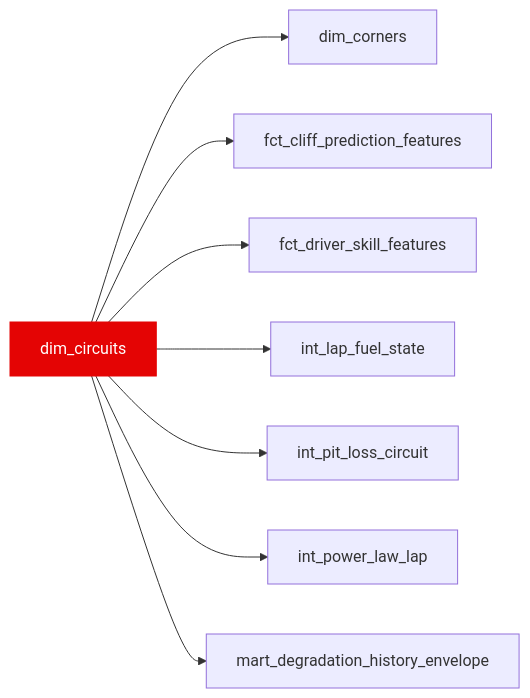
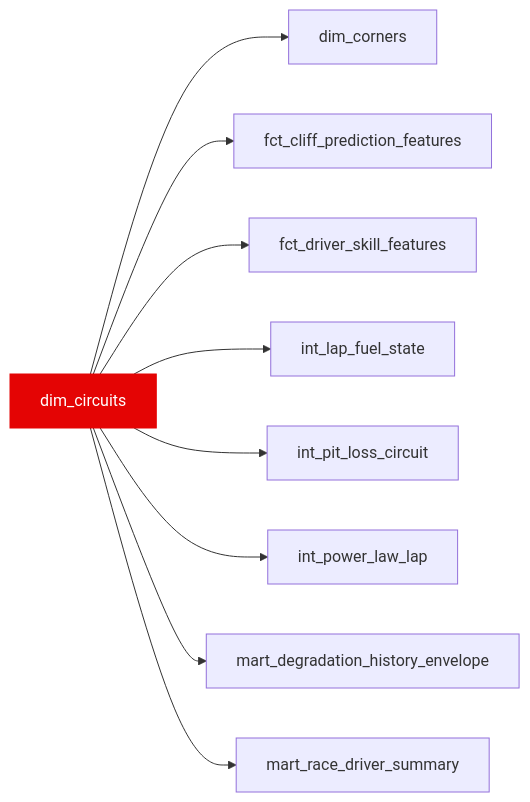
The diagram in docs/reference/models/dim/dim_circuits.mdx (JustinClarke/off-the-pace), drawn with Mermaid before and after one commit. The commit also changed 224 other files, not shown here.

````diff
--- a/docs/reference/models/dim/dim_circuits.mdx
+++ b/docs/reference/models/dim/dim_circuits.mdx
@@ -15,11 +15,12 @@
 ```mermaid
 flowchart LR
   dim_circuits --> dim_corners
   dim_circuits --> fct_cliff_prediction_features
   dim_circuits --> fct_driver_skill_features
   dim_circuits --> int_lap_fuel_state
   dim_circuits --> int_pit_loss_circuit
   dim_circuits --> int_power_law_lap
   dim_circuits --> mart_degradation_history_envelope
+  dim_circuits --> mart_race_driver_summary
   style dim_circuits fill:#e40404,stroke:#e40404,color:#fff
 ```
````
